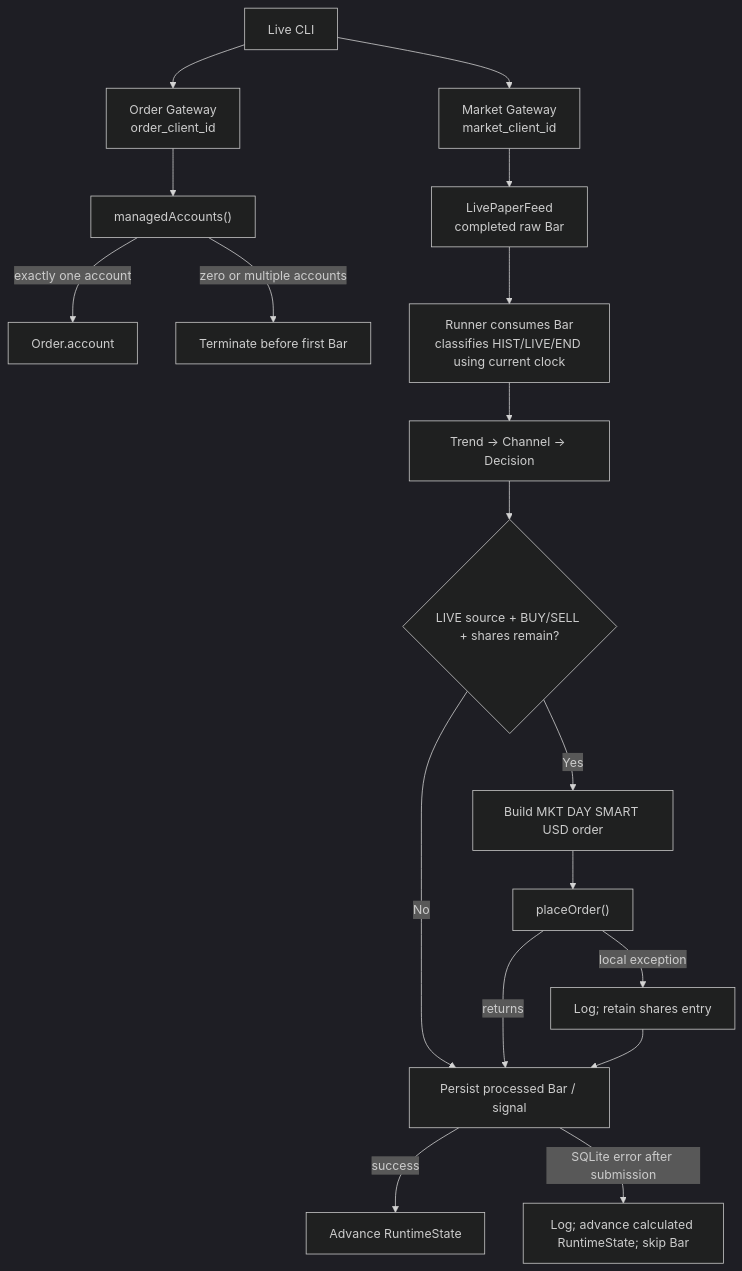
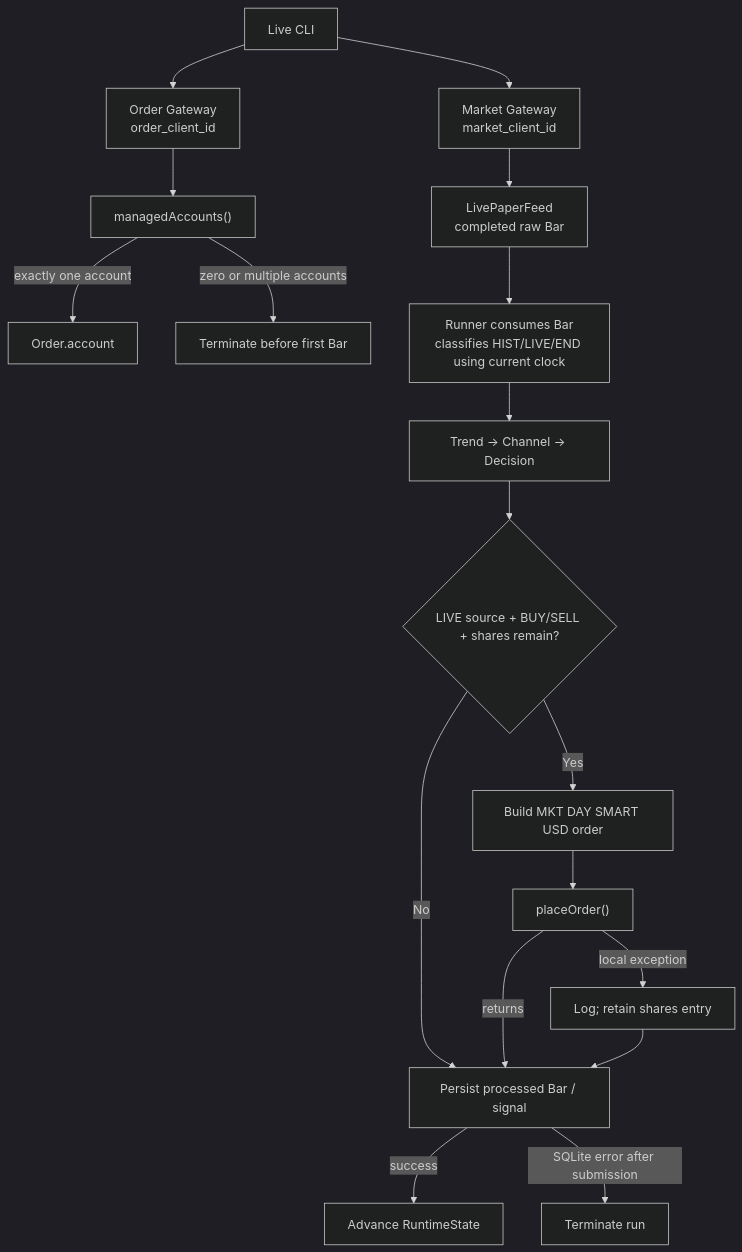
One commit to yulan307/intraday-channel-engine changed the second of 7 diagrams in docs/ibapi_single_day_test_flow_design.md. Above: the diagram before and after it, drawn with Mermaid (dark theme). The commit also changed other lines of this file and 21 other files, not shown here.

````diff
--- a/docs/ibapi_single_day_test_flow_design.md
+++ b/docs/ibapi_single_day_test_flow_design.md
@@ -492,20 +492,20 @@
 ```mermaid
 flowchart TD
     A["Live CLI"] --> B["Market Gateway<br/>market_client_id"]
     A --> C["Order Gateway<br/>order_client_id"]
     C --> D["managedAccounts()"]
     D -->|"exactly one account"| E["Order.account"]
     D -->|"zero or multiple accounts"| X["Terminate before first Bar"]
     B --> F["LivePaperFeed<br/>completed raw Bar"]
     F --> G["Runner consumes Bar<br/>classifies HIST/LIVE/END using current clock"]
     G --> H["Trend -> Channel -> Decision"]
     H --> I{"LIVE source + BUY/SELL + shares remain?"}
     I -->|"No"| L["Persist processed Bar / signal"]
     I -->|"Yes"| J["Build MKT DAY SMART USD order"]
     J --> K["placeOrder()"]
     K -->|"returns"| L
     K -->|"local exception"| M["Log; retain shares entry"]
     M --> L
     L -->|"success"| N["Advance RuntimeState"]
-    L -->|"SQLite error after submission"| O["Log; advance calculated RuntimeState; skip Bar"]
+    L -->|"SQLite error after submission"| O["Terminate run"]
 ```
````
